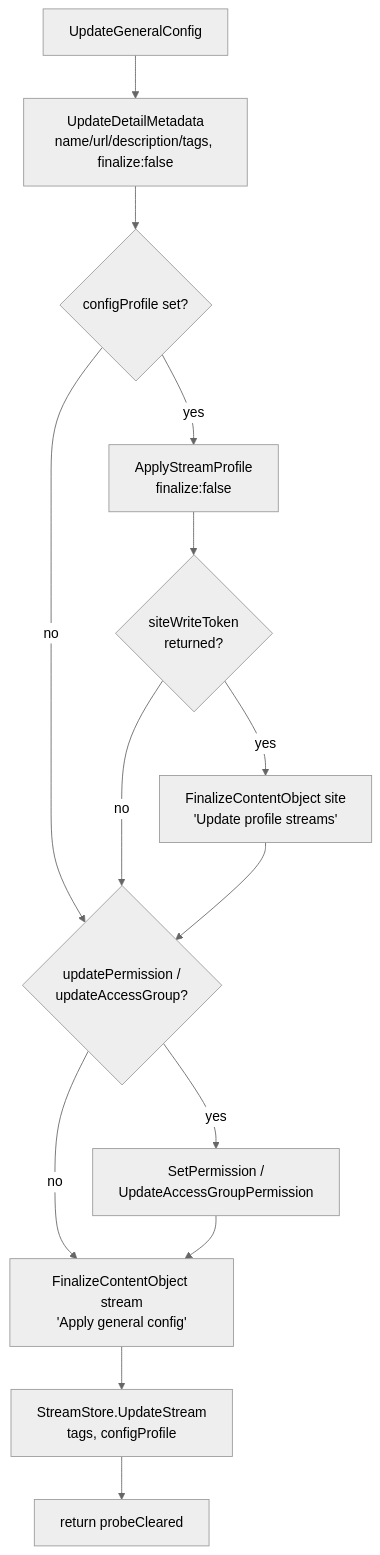
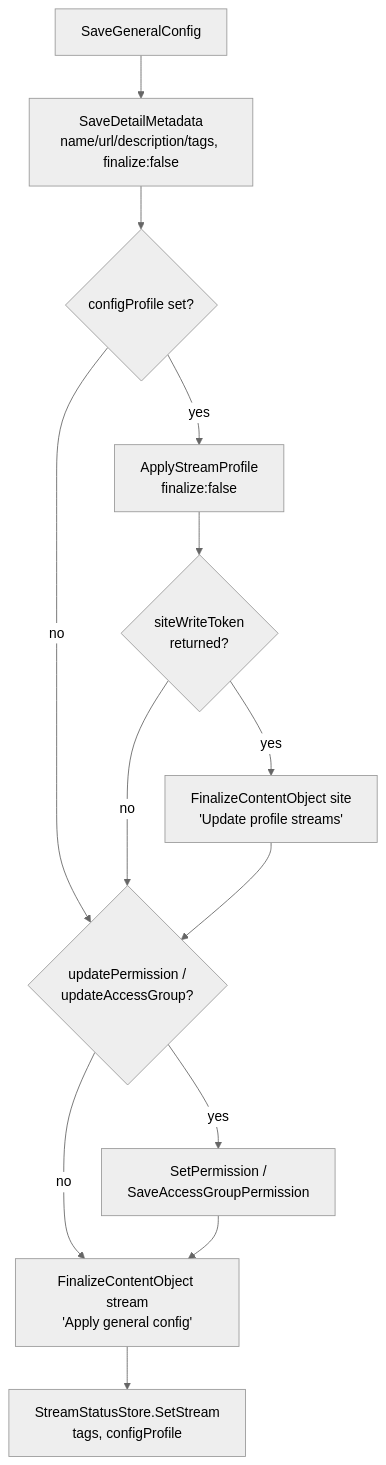
The second of 2 diagrams in docs/diagrams/profile-apply.md (eluv-io/elv-live-stream), drawn with Mermaid (neutral theme) before and after one commit. The commit also changed other lines of this file and 118 other files, not shown here.

````diff
--- a/docs/diagrams/profile-apply.md
+++ b/docs/diagrams/profile-apply.md
@@ -40,16 +40,15 @@
 ```mermaid
 flowchart TD
-    A[UpdateGeneralConfig] --> B[UpdateDetailMetadata<br/>name/url/description/tags, finalize:false]
+    A[SaveGeneralConfig] --> B[SaveDetailMetadata<br/>name/url/description/tags, finalize:false]
     B --> C{configProfile set?}
     C -->|no| G
     C -->|yes| D[ApplyStreamProfile<br/>finalize:false]
     D --> E{siteWriteToken<br/>returned?}
     E -->|yes| F[FinalizeContentObject site<br/>'Update profile streams']
     E -->|no| G
     F --> G{updatePermission /<br/>updateAccessGroup?}
-    G -->|yes| H[SetPermission /<br/>UpdateAccessGroupPermission]
+    G -->|yes| H[SetPermission /<br/>SaveAccessGroupPermission]
     G -->|no| I
     H --> I[FinalizeContentObject stream<br/>'Apply general config']
-    I --> J[StreamStore.UpdateStream<br/>tags, configProfile]
-    J --> K[return probeCleared]
+    I --> J[StreamStatusStore.SetStream<br/>tags, configProfile]
 ```
````
